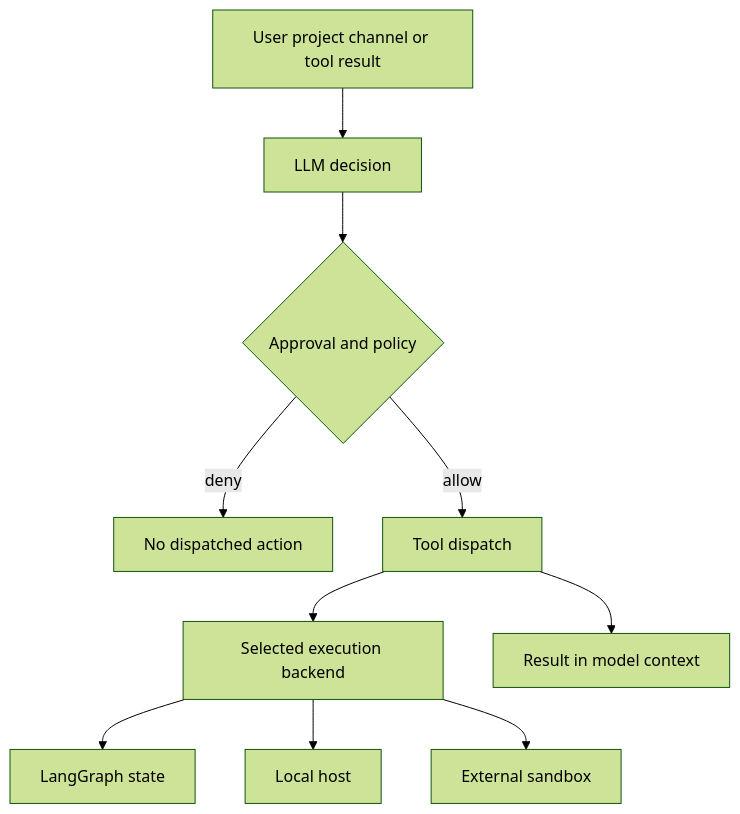
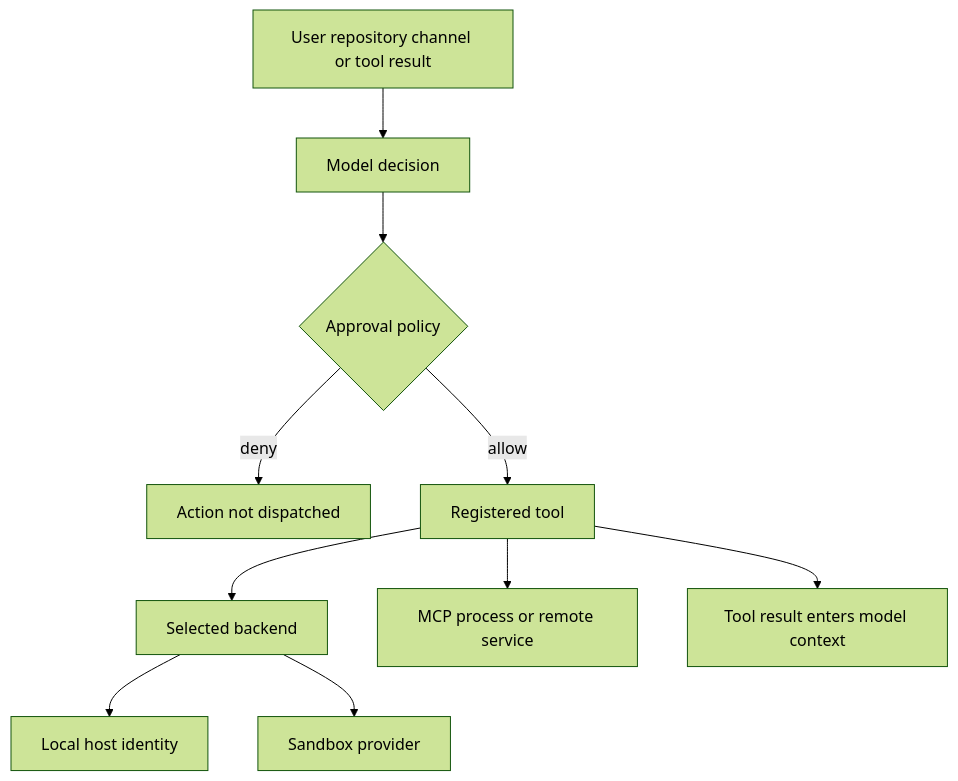
One commit to langchain-ai/deepagents changed the first of 2 diagrams in openwiki/operations/security.md. Above: the diagram before and after it, drawn with Mermaid (forest theme). The commit also changed other lines of this file and 62 other files, not shown here.

````diff
--- a/openwiki/operations/security.md
+++ b/openwiki/operations/security.md
@@ -39,12 +47,12 @@
 ```mermaid
 flowchart TD
-    Input["User project channel or tool result"] --> Model["LLM decision"]
-    Model --> Gate{"Approval and policy"}
-    Gate -->|deny| Stop["No dispatched action"]
-    Gate -->|allow| Tool["Tool dispatch"]
-    Tool --> Backend["Selected execution backend"]
-    Backend --> State["LangGraph state"]
-    Backend --> Host["Local host"]
-    Backend --> External["External sandbox"]
-    Tool --> Context["Result in model context"]
+    Input["User repository channel or tool result"] --> Model["Model decision"]
+    Model --> Gate{"Approval policy"}
+    Gate -->|deny| Halt["Action not dispatched"]
+    Gate -->|allow| Tool["Registered tool"]
+    Tool --> Backend["Selected backend"]
+    Tool --> MCP["MCP process or remote service"]
+    Backend --> Local["Local host identity"]
+    Backend --> Sandbox["Sandbox provider"]
+    Tool --> Context["Tool result enters model context"]
 ```
````
